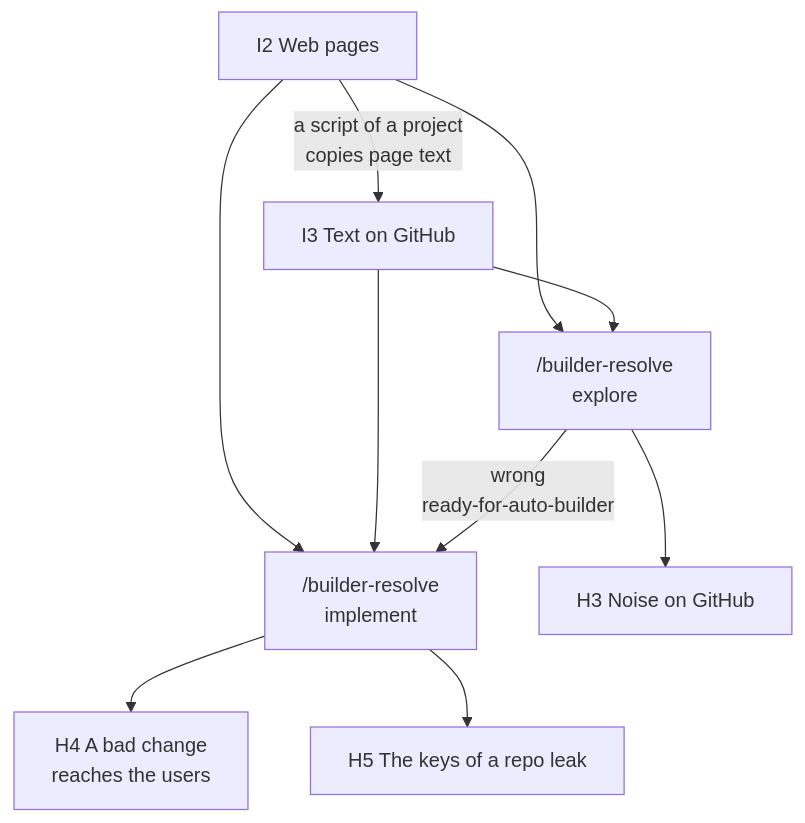
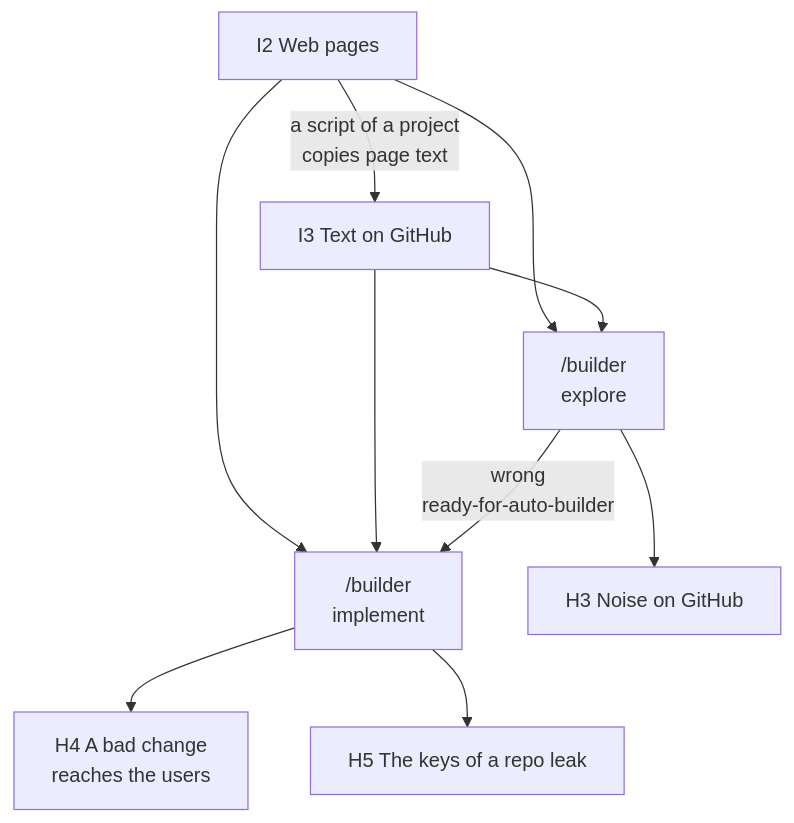
The first of 4 diagrams in knowledge/spec/L2-loop-untrusted-text.md (shiyuann/aboveloop), drawn with Mermaid before and after one commit. The commit also changed other lines of this file and 81 other files, not shown here.

````diff
--- a/knowledge/spec/L2-loop-untrusted-text.md
+++ b/knowledge/spec/L2-loop-untrusted-text.md
@@ -9,12 +16,12 @@
 ```mermaid
 flowchart TB
   I2["I2 Web pages"] -->|a script of a project<br/>copies page text| I3["I3 Text on GitHub"]
   I2 --> EX
   I2 --> IM
-  I3 --> EX["/builder-resolve<br/>explore"]
-  I3 --> IM["/builder-resolve<br/>implement"]
+  I3 --> EX["/builder<br/>explore"]
+  I3 --> IM["/builder<br/>implement"]
   EX -->|wrong<br/>ready-for-auto-builder| IM
   EX --> H3["H3 Noise on GitHub"]
   IM --> H4["H4 A bad change<br/>reaches the users"]
   IM --> H5["H5 The keys of a repo leak"]
 ```
````
